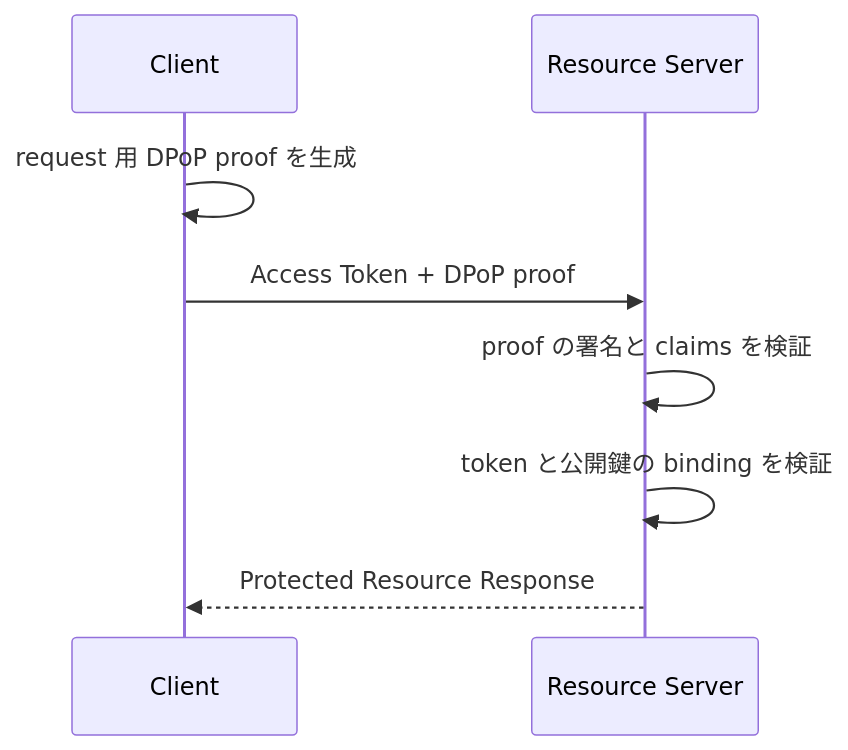
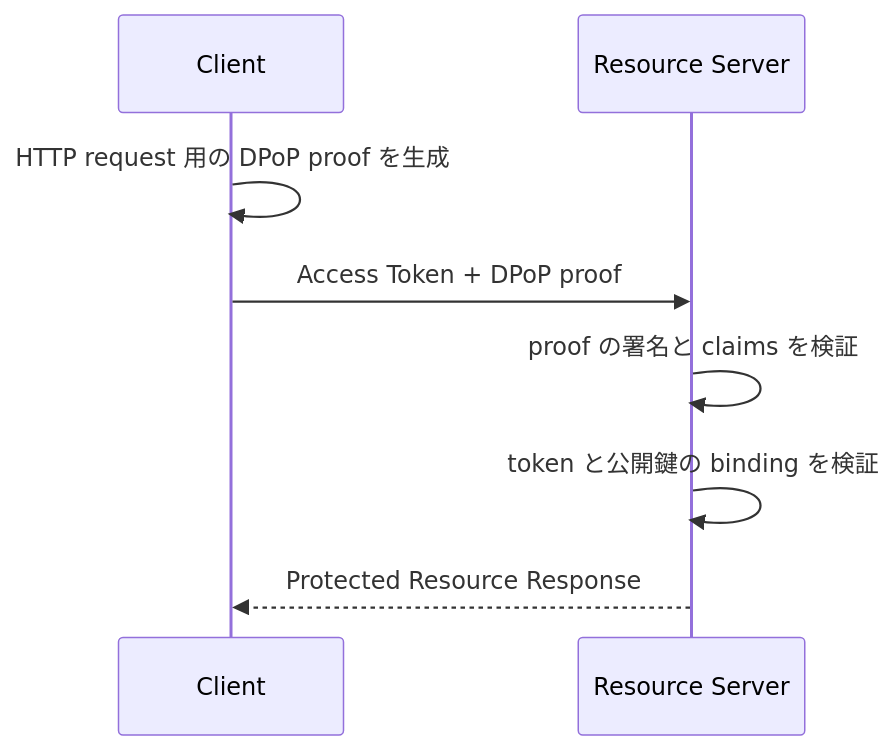
The first of 2 diagrams in _posts/2026-09-19-dpop-proof-http-request.md (nbifrye/1548d6d9-8655-48d3-817f-d41469b6b27e), drawn with Mermaid before and after one commit. The commit also changed other lines of this file, not shown here.

Commit message:
Review and refine RFC 9449 DPoP article

```diff
--- a/_posts/2026-09-19-dpop-proof-http-request.md
+++ b/_posts/2026-09-19-dpop-proof-http-request.md
@@ -23,10 +23,10 @@
 <pre class="mermaid">
 sequenceDiagram
     participant C as Client
     participant RS as Resource Server
-    C->>C: request 用 DPoP proof を生成
+    C->>C: HTTP request 用の DPoP proof を生成
     C->>RS: Access Token + DPoP proof
     RS->>RS: proof の署名と claims を検証
     RS->>RS: token と公開鍵の binding を検証
     RS-->>C: Protected Resource Response
 </pre>
```
